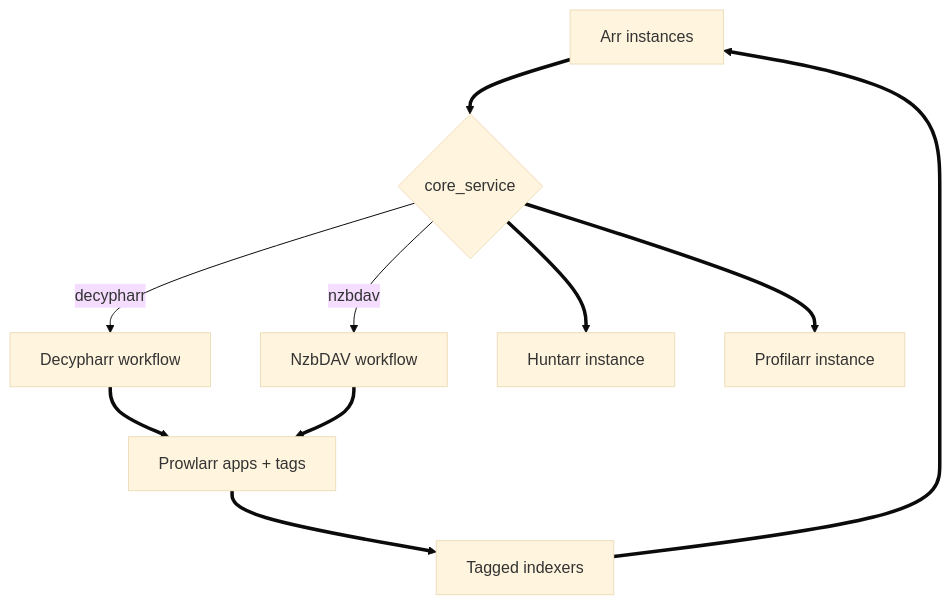
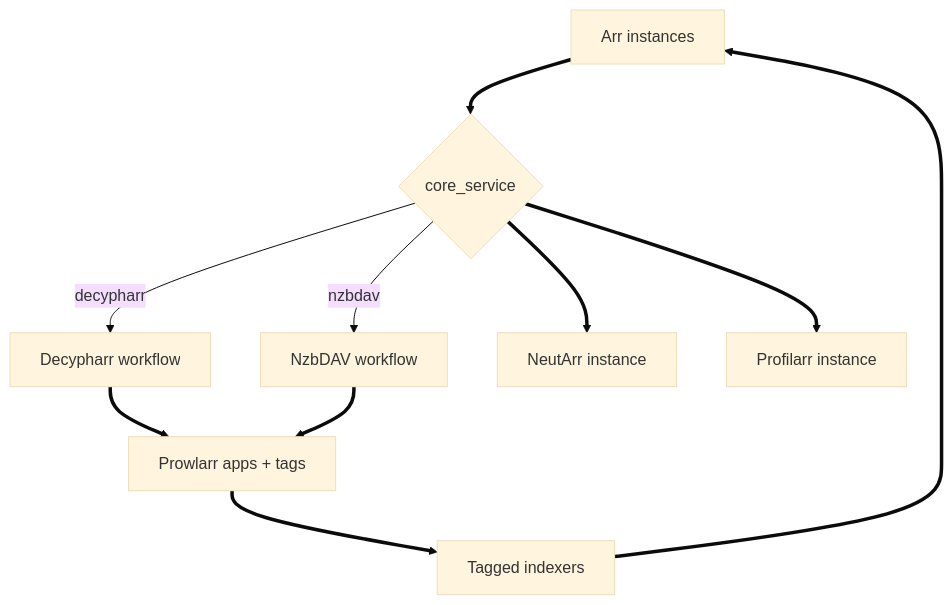
One commit to I-am-PUID-0/DUMB_docs changed the diagram in docs/reference/core-service.md. Above: the diagram before and after it, drawn with Mermaid (base theme). The commit also changed other lines of this file and 22 other files, not shown here.

Commit message:
chore(neutarr): update docs to ref neutarr vs huntarr

````diff
--- a/docs/reference/core-service.md
+++ b/docs/reference/core-service.md
@@ -27,22 +27,22 @@
 ```mermaid
 %%{ init: { "flowchart": { "curve": "basis" } } }%%
 flowchart TD
     ARR[Arr instances]
     CS{core_service}
     DEC[Decypharr workflow]
     NZB[NzbDAV workflow]
     PROWLARR[Prowlarr apps + tags]
     IDX[Tagged indexers]
-    HUNTARR[Huntarr instance]
+    NEUTARR[NeutArr instance]
     PROFILARR[Profilarr instance]
 
     ARR ==> CS
     CS -- decypharr --> DEC
     CS -- nzbdav --> NZB
     DEC ==> PROWLARR
     NZB ==> PROWLARR
     PROWLARR ==> IDX
     IDX ==> ARR
-    CS ==> HUNTARR
+    CS ==> NEUTARR
     CS ==> PROFILARR
 ```
````
